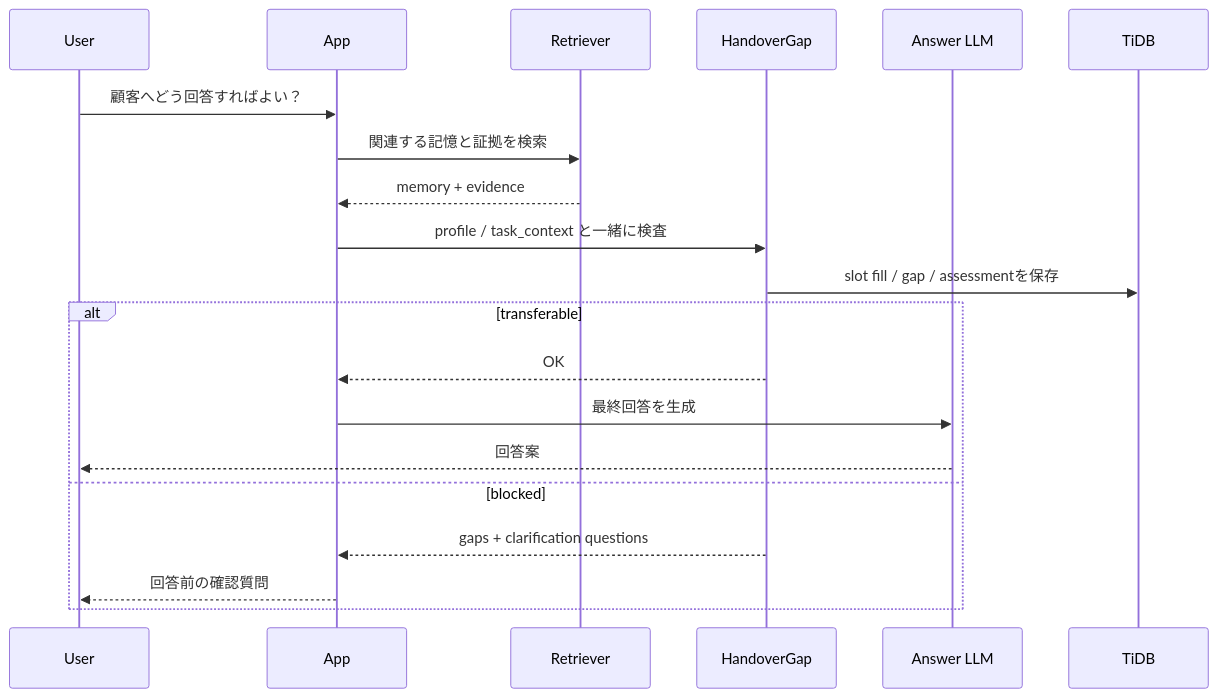
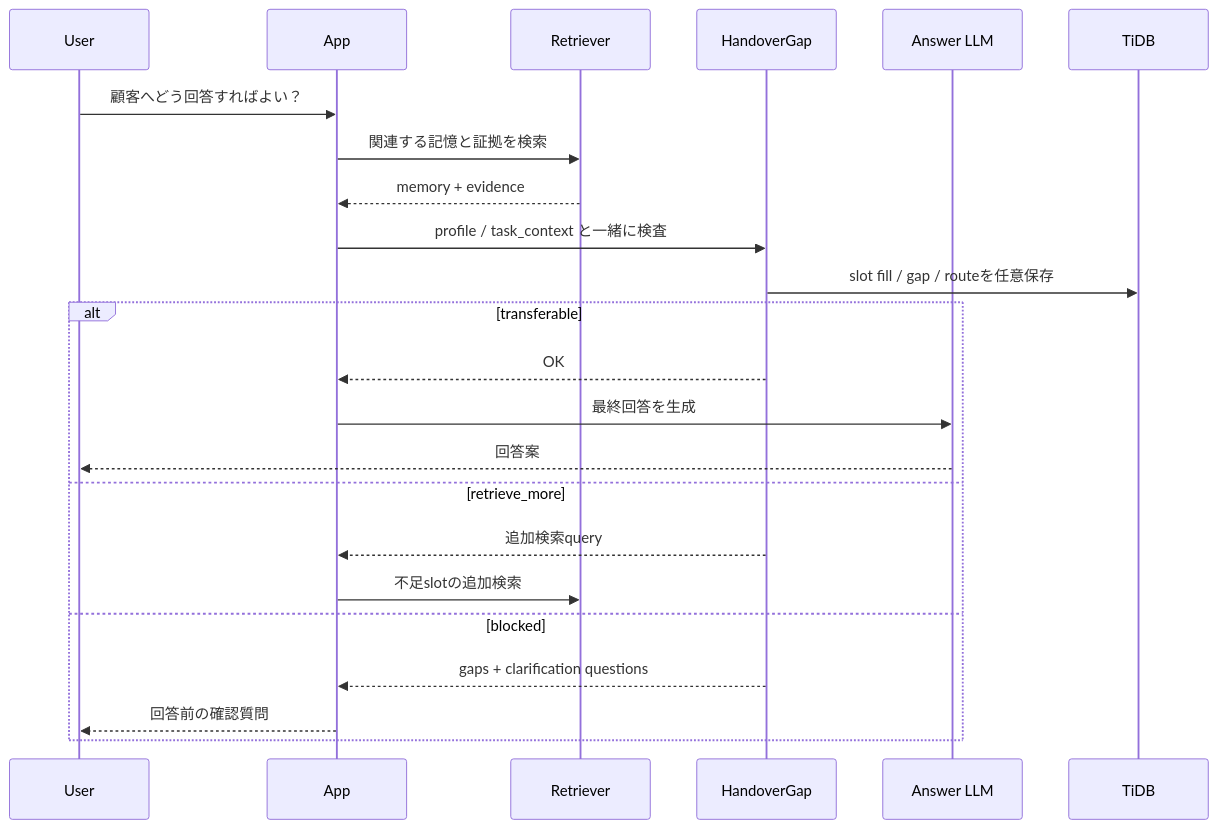
The second of 2 diagrams in articles/handovergap-rag-tidb.md (masanori0209/m-zenn-dev), drawn with Mermaid before and after one commit. The commit also changed other lines of this file, not shown here.

Commit message:
Update HandoverGap RAG article for v1 routing

````diff
--- a/articles/handovergap-rag-tidb.md
+++ b/articles/handovergap-rag-tidb.md
@@ -159,23 +174,26 @@
 ```mermaid
 sequenceDiagram
     participant User as User
     participant App as App
     participant RAG as Retriever
     participant HG as HandoverGap
     participant LLM as Answer LLM
     participant DB as TiDB
 
     User->>App: 顧客へどう回答すればよい？
     App->>RAG: 関連する記憶と証拠を検索
     RAG-->>App: memory + evidence
     App->>HG: profile / task_context と一緒に検査
-    HG->>DB: slot fill / gap / assessmentを保存
+    HG->>DB: slot fill / gap / routeを任意保存
     alt transferable
         HG-->>App: OK
         App->>LLM: 最終回答を生成
         LLM-->>User: 回答案
+    else retrieve_more
+        HG-->>App: 追加検索query
+        App->>RAG: 不足slotの追加検索
     else blocked
         HG-->>App: gaps + clarification questions
         App-->>User: 回答前の確認質問
     end
 ```
````
